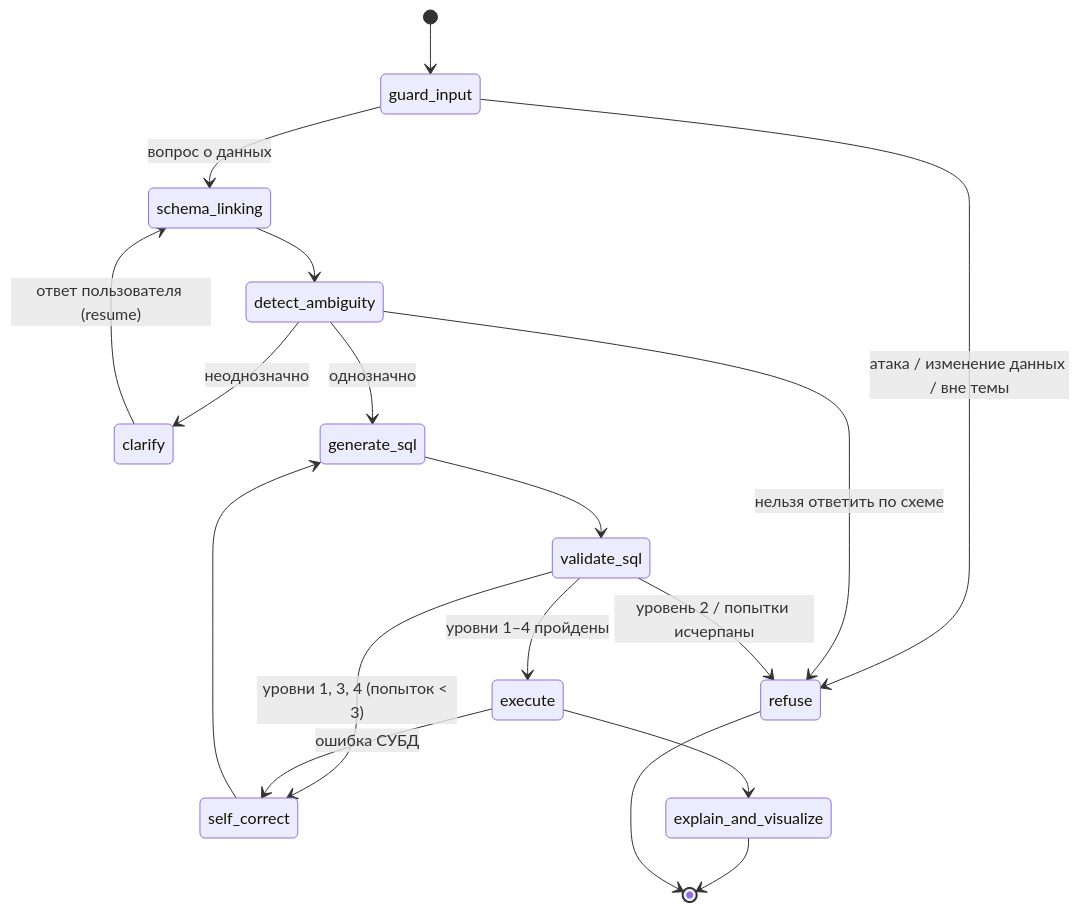
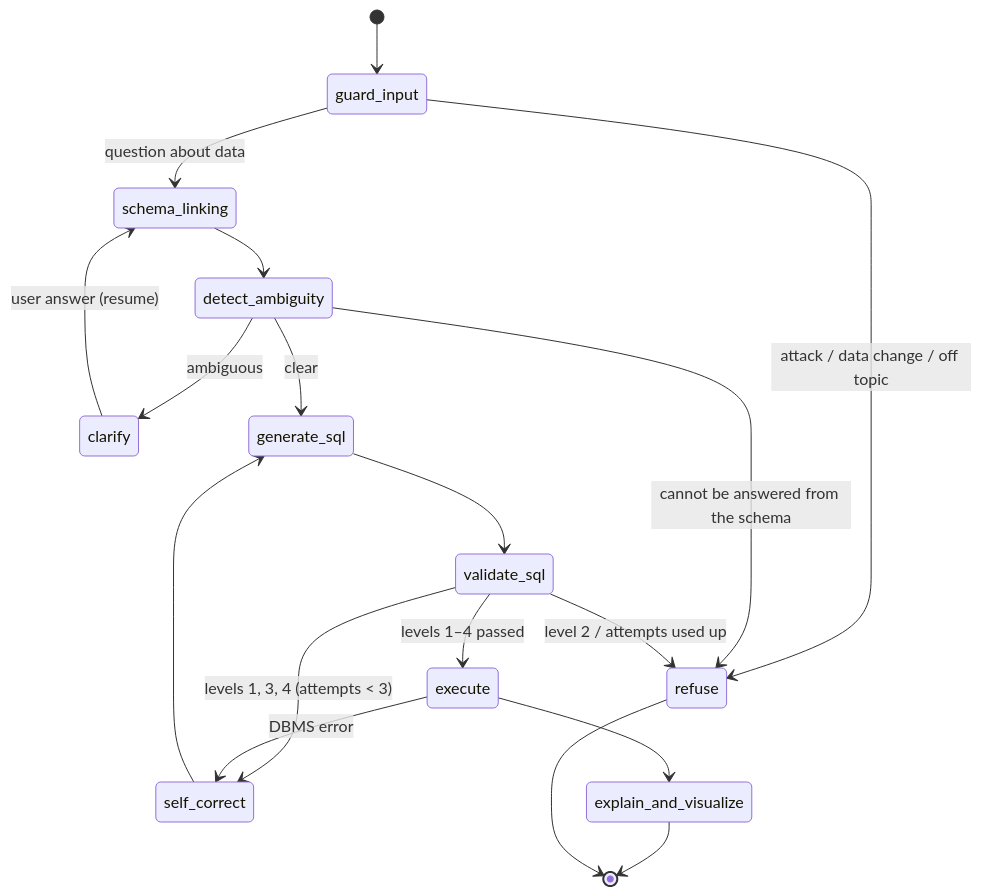
The second of 3 diagrams in ARCHITECTURE.md (Abegerov4/Suhbat2DB), drawn with Mermaid before and after one commit. The commit also changed other lines of this file and 41 other files, not shown here.

First line of the commit message:
DIP-40: Translate documentation and diagrams into English

````diff
--- a/ARCHITECTURE.md
+++ b/ARCHITECTURE.md
@@ -96,20 +96,20 @@
 ```mermaid
 stateDiagram-v2
     [*] --> guard_input
-    guard_input --> refuse: атака / изменение данных / вне темы
-    guard_input --> schema_linking: вопрос о данных
+    guard_input --> refuse: attack / data change / off topic
+    guard_input --> schema_linking: question about data
     schema_linking --> detect_ambiguity
-    detect_ambiguity --> clarify: неоднозначно
-    clarify --> schema_linking: ответ пользователя (resume)
-    detect_ambiguity --> generate_sql: однозначно
-    detect_ambiguity --> refuse: нельзя ответить по схеме
+    detect_ambiguity --> clarify: ambiguous
+    clarify --> schema_linking: user answer (resume)
+    detect_ambiguity --> generate_sql: clear
+    detect_ambiguity --> refuse: cannot be answered from the schema
     generate_sql --> validate_sql
-    validate_sql --> self_correct: уровни 1, 3, 4 (попыток < 3)
-    validate_sql --> refuse: уровень 2 / попытки исчерпаны
-    validate_sql --> execute: уровни 1–4 пройдены
+    validate_sql --> self_correct: levels 1, 3, 4 (attempts < 3)
+    validate_sql --> refuse: level 2 / attempts used up
+    validate_sql --> execute: levels 1–4 passed
     self_correct --> generate_sql
-    execute --> self_correct: ошибка СУБД
+    execute --> self_correct: DBMS error
     execute --> explain_and_visualize
     explain_and_visualize --> [*]
     refuse --> [*]
 ```
````
